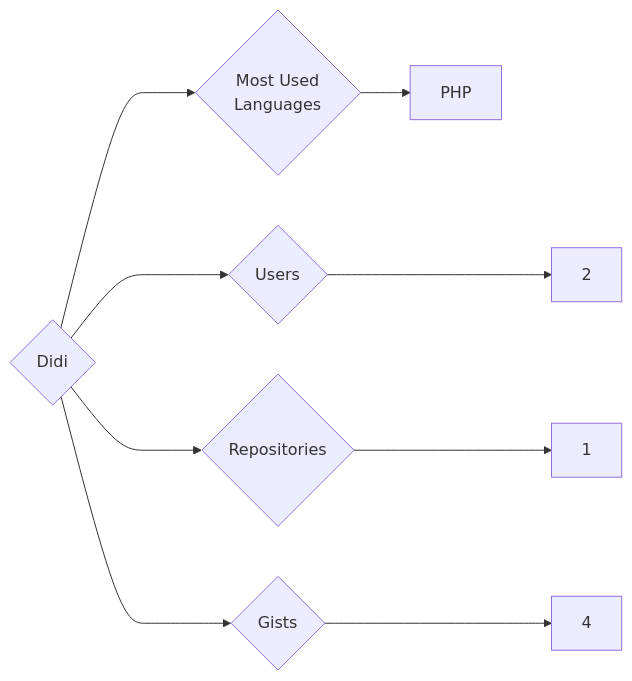
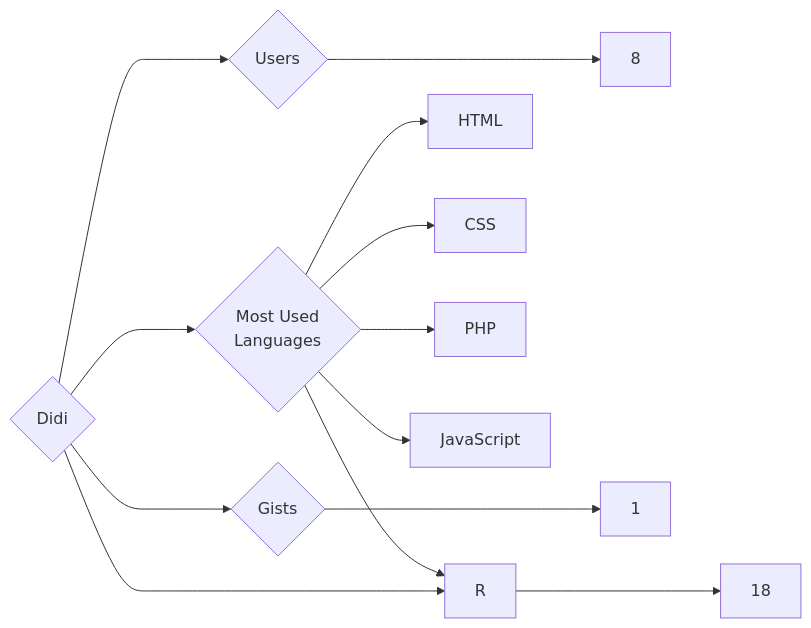
The diagram in targets/Didi/README.md (trickest/insiders), drawn with Mermaid before and after one commit. The commit also changed 611 other files, not shown here.

````diff
--- a/targets/Didi/README.md
+++ b/targets/Didi/README.md
@@ -3,9 +3,13 @@
 ```mermaid
 graph LR
 COMPANY_NAME{Didi}
-COMPANY_NAME ---> U{Users} ---> UN[2]
-COMPANY_NAME ---> R{Repositories} ---> RN[1]
-COMPANY_NAME ---> G{Gists} ---> GN[4]
+COMPANY_NAME ---> U{Users} ---> UN[8]
+COMPANY_NAME ---> R{Repositories} ---> RN[18]
+COMPANY_NAME ---> G{Gists} ---> GN[1]
 COMPANY_NAME ---> ML{Most Used<br>Languages}
+ML --> HTML[HTML]
+ML --> CSS[CSS]
+ML --> R[R]
 ML --> PHP[PHP]
+ML --> JavaScript[JavaScript]
 ```
````
